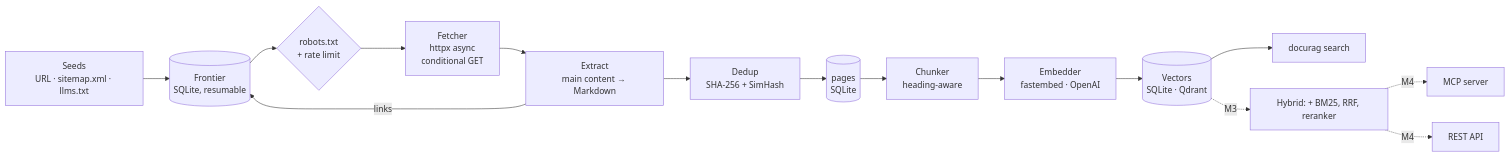
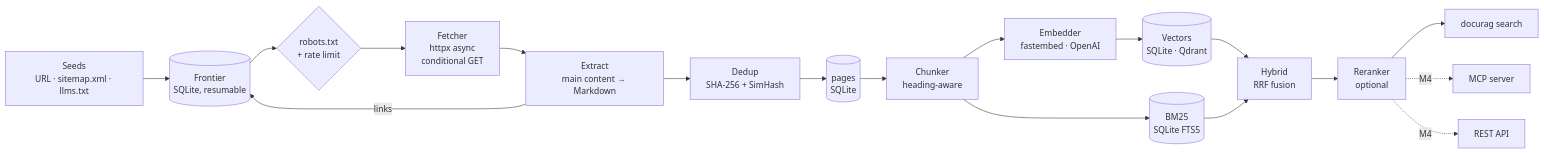
One commit to uzairharoon-dev/Docs-Spider changed the diagram in README.md. Above: the diagram before and after it, drawn with Mermaid. The commit also changed other lines of this file and 14 other files, not shown here.

First line of the commit message:
feat: M3 hybrid search, cross-encoder reranker and retrieval eval

````diff
--- a/README.md
+++ b/README.md
@@ -217,16 +234,19 @@
 ```mermaid
 flowchart LR
     S[Seeds<br/>URL · sitemap.xml · llms.txt] --> F[(Frontier<br/>SQLite, resumable)]
     F --> R{robots.txt<br/>+ rate limit}
     R --> FE[Fetcher<br/>httpx async<br/>conditional GET]
     FE --> X[Extract<br/>main content → Markdown]
     X -->|links| F
     X --> D[Dedup<br/>SHA-256 + SimHash]
     D --> P[(pages<br/>SQLite)]
     P --> C[Chunker<br/>heading-aware]
     C --> E[Embedder<br/>fastembed · OpenAI]
     E --> V[(Vectors<br/>SQLite · Qdrant)]
-    V --> CLI[docurag search]
-    V -.M3.-> H[Hybrid: + BM25, RRF, reranker]
-    H -.M4.-> M[MCP server] & A[REST API]
+    C --> B[(BM25<br/>SQLite FTS5)]
+    V --> H[Hybrid<br/>RRF fusion]
+    B --> H
+    H --> RR[Reranker<br/>optional]
+    RR --> CLI[docurag search]
+    RR -.M4.-> M[MCP server] & A[REST API]
 ```
````
